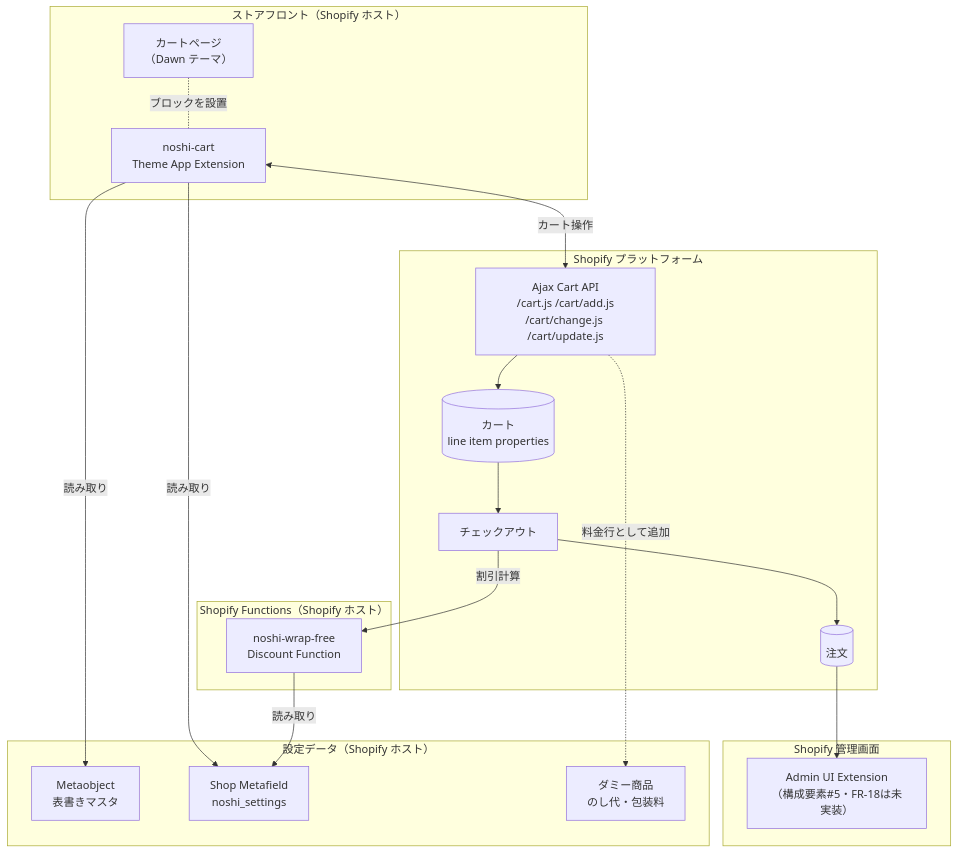
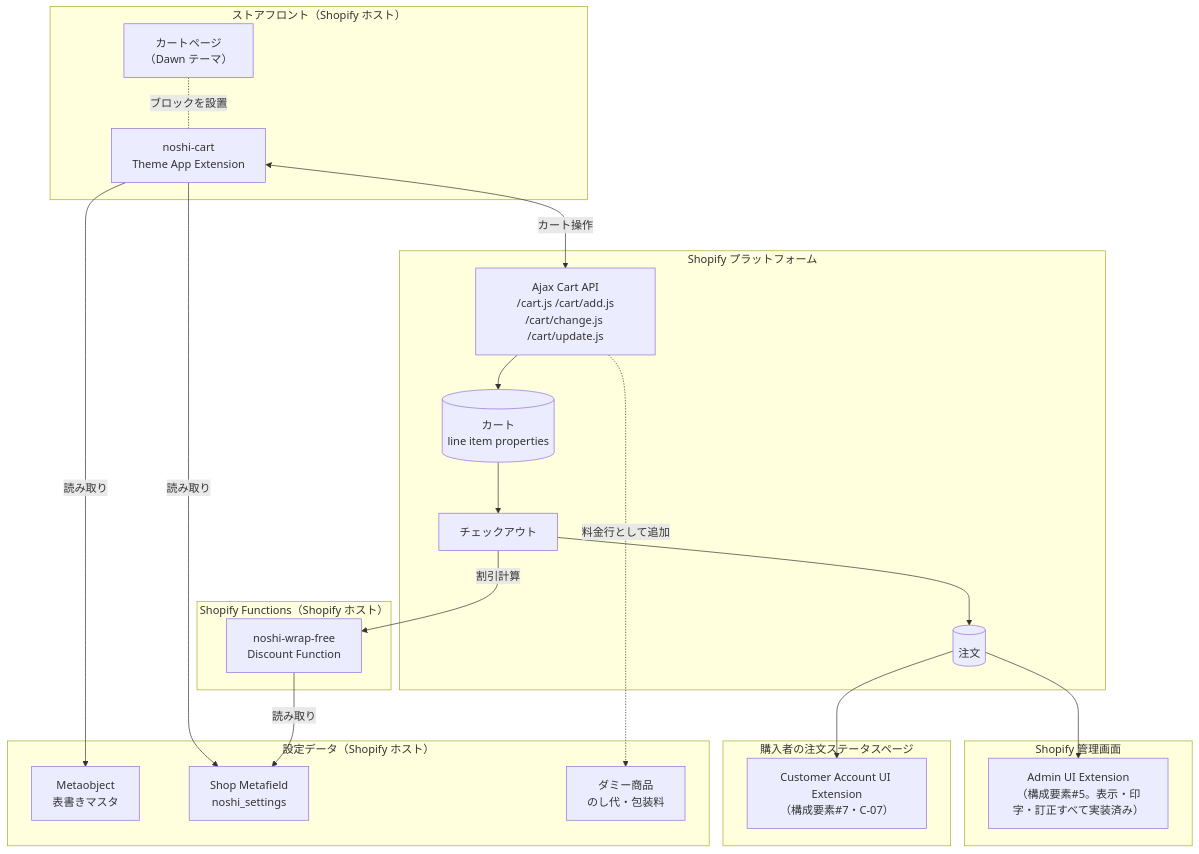
Before and after one commit to kaito-gif/portfolio-chanoka-app: the first of 5 diagrams in docs/design/02-basic-design.md, drawn with Mermaid. The commit also changed other lines of this file and 2 other files, not shown here.

````diff
--- a/docs/design/02-basic-design.md
+++ b/docs/design/02-basic-design.md
@@ -27,40 +27,45 @@
 ```mermaid
 flowchart TB
     subgraph front["ストアフロント（Shopify ホスト）"]
         cart["カートページ<br/>（Dawn テーマ）"]
         block["noshi-cart<br/>Theme App Extension"]
         cart -.ブロックを設置.- block
     end
 
     subgraph platform["Shopify プラットフォーム"]
         ajax["Ajax Cart API<br/>/cart.js /cart/add.js<br/>/cart/change.js /cart/update.js"]
         cartdata[("カート<br/>line item properties")]
         checkout["チェックアウト"]
         order[("注文")]
     end
 
     subgraph fn["Shopify Functions（Shopify ホスト）"]
         discount["noshi-wrap-free<br/>Discount Function"]
     end
 
     subgraph admin["Shopify 管理画面"]
-        adminblock["Admin UI Extension<br/>（構成要素#5・FR-18は未実装）"]
+        adminblock["Admin UI Extension<br/>（構成要素#5。表示・印字・訂正すべて実装済み）"]
+    end
+
+    subgraph customeraccount["購入者の注文ステータスページ"]
+        statusblock["Customer Account UI Extension<br/>（構成要素#7・C-07）"]
     end
 
     subgraph store["設定データ（Shopify ホスト）"]
         meta["Metaobject<br/>表書きマスタ"]
         mfield["Shop Metafield<br/>noshi_settings"]
         dummy["ダミー商品<br/>のし代・包装料"]
     end
 
     block -->|読み取り| meta
     block -->|読み取り| mfield
     block <-->|カート操作| ajax
     ajax --> cartdata
     cartdata --> checkout
     discount -->|読み取り| mfield
     checkout -->|割引計算| discount
     checkout --> order
     order --> adminblock
+    order --> statusblock
     ajax -.料金行として追加.-> dummy
 ```
````
